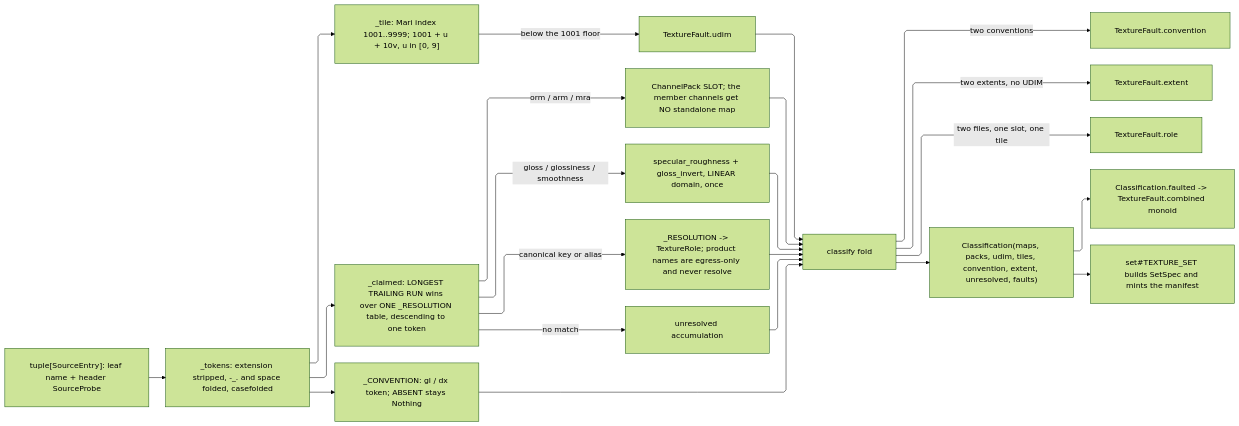
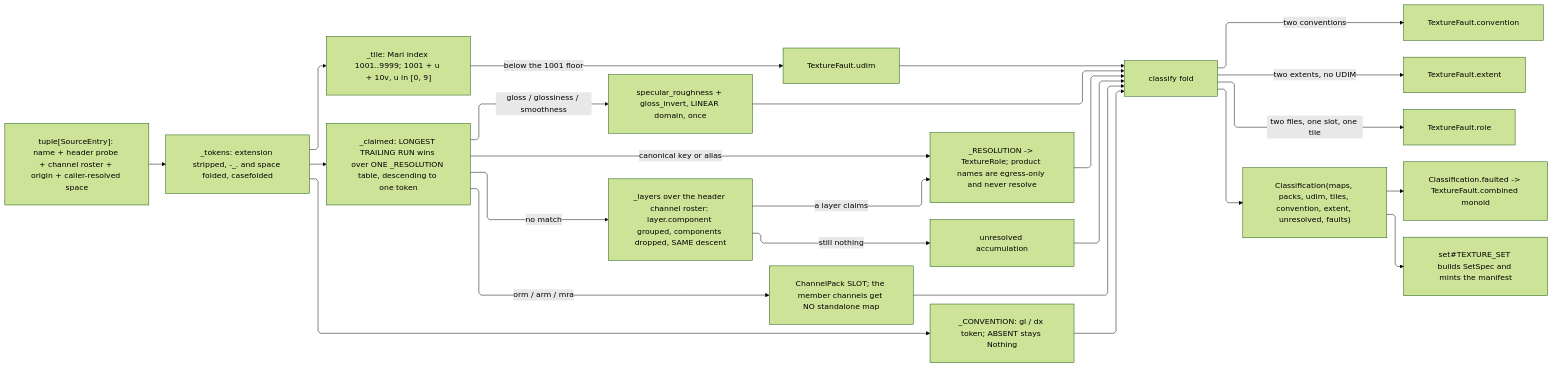
One commit to bsamiee/Rasm changed the diagram in libs/python/artifacts/.planning/graphic/texture/ingest.md. Above: the diagram before and after it, drawn with Mermaid (forest theme). The commit also changed other lines of this file and 693 other files, not shown here.

````diff
--- a/libs/python/artifacts/.planning/graphic/texture/ingest.md
+++ b/libs/python/artifacts/.planning/graphic/texture/ingest.md
@@ -579,33 +681,35 @@
 ```mermaid
 ---
 config:
   layout: elk
   flowchart:
     curve: linear
     padding: 25
 ---
 flowchart LR
     accTitle: Texture ingest classification flow
-    accDescr: Source entries normalized to tokens, UDIM tiles parsed against the Mari floor, the longest trailing run claimed over the one resolution table, normal convention and gloss resolved, and the Classification accumulating unresolved stems beside its typed faults.
-    Entries["tuple[SourceEntry]: leaf name + header SourceProbe"] --> Norm["_tokens: extension stripped, -_. and space folded, casefolded"]
+    accDescr: Source entries normalized to tokens, UDIM tiles parsed against the Mari floor, the longest trailing run claimed over the one resolution table with the container channel roster as the fallback surface, normal convention and gloss resolved, and the Classification accumulating unresolved stems beside its typed faults.
+    Entries["tuple[SourceEntry]: name + header probe + channel roster + origin + caller-resolved space"] --> Norm["_tokens: extension stripped, -_. and space folded, casefolded"]
     Norm --> Tile["_tile: Mari index 1001..9999; 1001 + u + 10v, u in [0, 9]"]
     Tile -->|"below the 1001 floor"| FU["TextureFault.udim"]
     Norm --> Last["_claimed: LONGEST TRAILING RUN wins over ONE _RESOLUTION table, descending to one token"]
     Last -->|"orm / arm / mra"| Pack["ChannelPack SLOT; the member channels get NO standalone map"]
     Last -->|"gloss / glossiness / smoothness"| Gloss["specular_roughness + gloss_invert, LINEAR domain, once"]
     Last -->|"canonical key or alias"| Role["_RESOLUTION -> TextureRole; product names are egress-only and never resolve"]
-    Last -->|"no match"| Unres["unresolved accumulation"]
+    Last -->|"no match"| Hdr["_layers over the header channel roster: layer.component grouped, components dropped, SAME descent"]
+    Hdr -->|"a layer claims"| Role
+    Hdr -->|"still nothing"| Unres["unresolved accumulation"]
     Norm --> Conv["_CONVENTION: gl / dx token; ABSENT stays Nothing"]
     Conv --> Fold
     Role --> Fold["classify fold"]
     Pack --> Fold
     Gloss --> Fold
     Unres --> Fold
     FU --> Fold
     Fold -->|"two conventions"| FC["TextureFault.convention"]
     Fold -->|"two extents, no UDIM"| FE["TextureFault.extent"]
     Fold -->|"two files, one slot, one tile"| FR["TextureFault.role"]
     Fold --> Out["Classification(maps, packs, udim, tiles, convention, extent, unresolved, faults)"]
     Out --> Mon["Classification.faulted -> TextureFault.combined monoid"]
     Out --> Set["set#TEXTURE_SET builds SetSpec and mints the manifest"]
 ```
````
